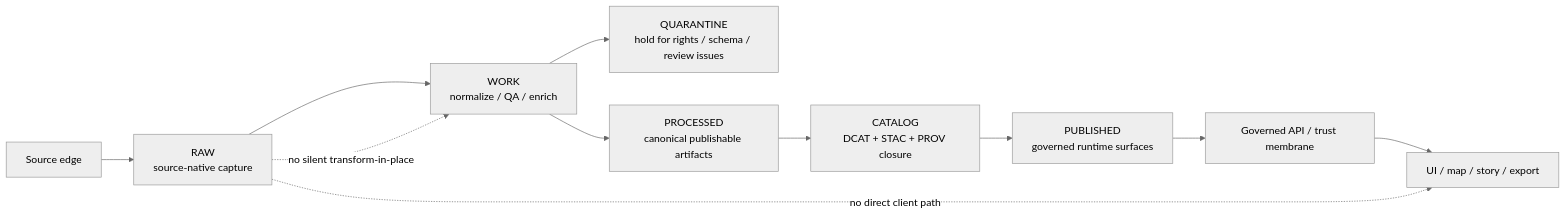
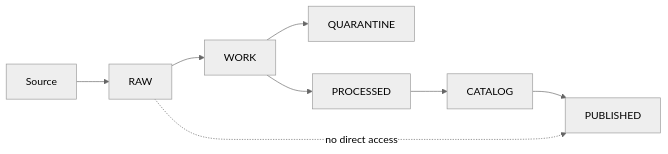
One commit to bartytime4life/Kansas-Frontier-Matrix changed the diagram in data/raw/README.md. Above: the diagram before and after it, drawn with Mermaid (neutral theme). The commit also changed other lines of this file, not shown here.

````diff
--- a/data/raw/README.md
+++ b/data/raw/README.md
@@ -325,17 +233,11 @@
 ```mermaid
 flowchart LR
-    S[Source edge] --> R[RAW<br/>source-native capture]
-    R --> W[WORK<br/>normalize / QA / enrich]
-    W --> Q[QUARANTINE<br/>hold for rights / schema / review issues]
-    W --> P[PROCESSED<br/>canonical publishable artifacts]
-    P --> C[CATALOG<br/>DCAT + STAC + PROV closure]
-    C --> U[PUBLISHED<br/>governed runtime surfaces]
+    S[Source] --> R[RAW]
+    R --> W[WORK]
+    W --> Q[QUARANTINE]
+    W --> P[PROCESSED]
+    P --> C[CATALOG]
+    C --> U[PUBLISHED]
 
-    API[Governed API / trust membrane]
-    UI[UI / map / story / export]
-
-    U --> API --> UI
-
-    R -. no direct client path .-> UI
-    R -. no silent transform-in-place .-> W
+    R -. no direct access .-> U
 ```
````
